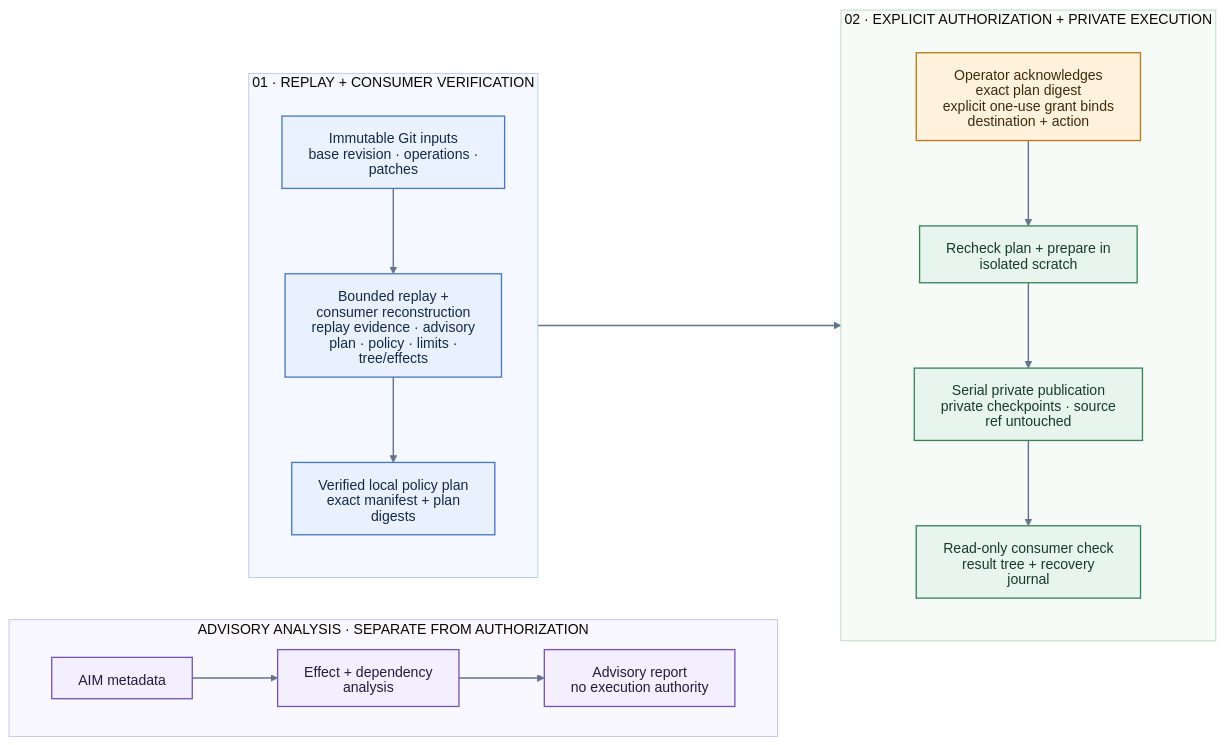
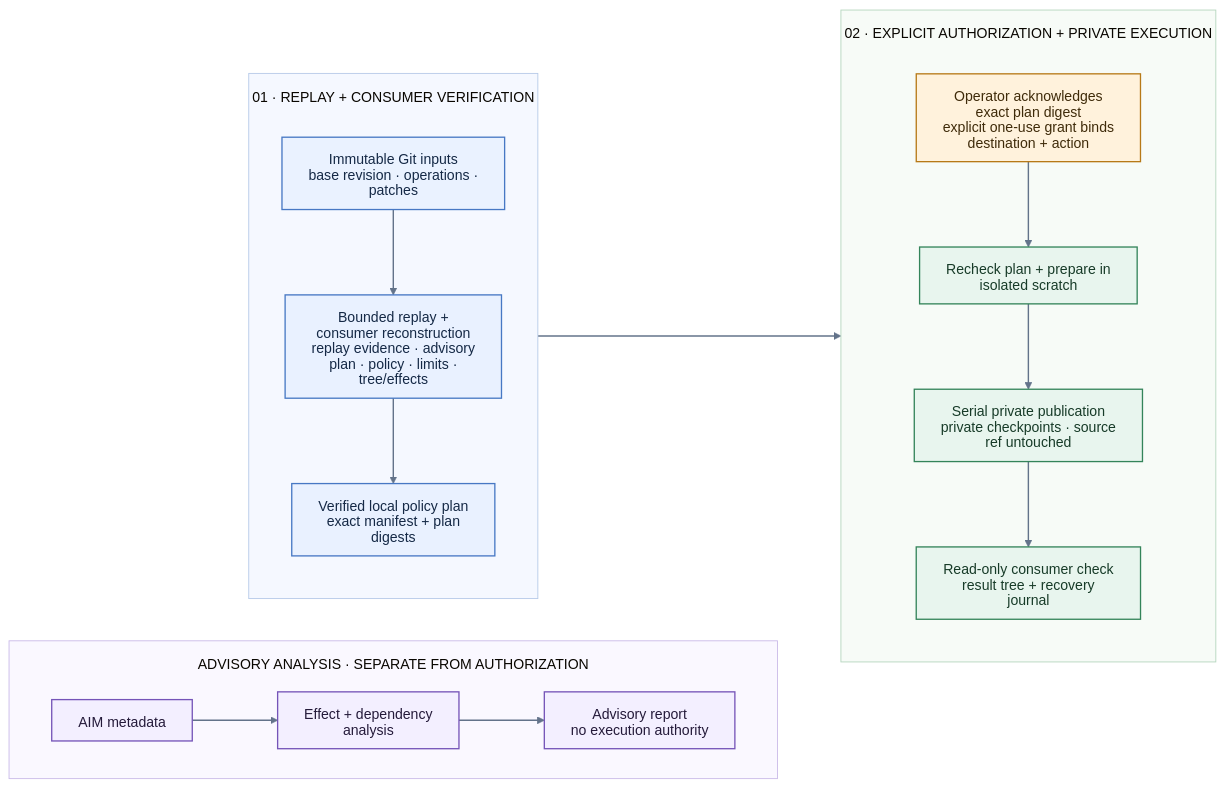
Before and after one commit to jayanez/agent-braid: the diagram in reports/assets/agent-braid-private-result-flow.mmd, drawn with Mermaid. The commit also changed 1 other file, not shown here.

Commit message:
docs: add top spacing to README diagram titles (#393)

```diff
--- a/reports/assets/agent-braid-private-result-flow.mmd
+++ b/reports/assets/agent-braid-private-result-flow.mmd
@@ -1,58 +1,61 @@
 ---
 config:
   theme: base
   htmlLabels: false
   fontFamily: "Inter, Arial, sans-serif"
   flowchart:
     useMaxWidth: true
     nodeSpacing: 48
     rankSpacing: 72
+    subGraphTitleMargin:
+      top: 16
+      bottom: 8
   themeVariables:
     fontSize: 16px
     primaryTextColor: "#152946"
     lineColor: "#63738a"
     clusterBkg: "#f6f8fb"
     clusterBorder: "#b7c5d8"
 ---
 flowchart LR
   accTitle: From analysis to a verified private result
   accDescr: Advisory AIM analysis remains separate from the bounded Git replay path. A consumer reconstructs replay, policy and tree claims into a verified local policy plan. An operator explicitly grants the exact plan digest. Execution rechecks the plan, prepares in isolated scratch and publishes checkpoints serially to a private result repository. The checked result includes runtime state and a recovery journal; no source ref is published.
 
   subgraph analysis["ADVISORY ANALYSIS · SEPARATE FROM AUTHORIZATION"]
     direction LR
     aim["AIM metadata"] --> effects["Effect + dependency analysis"]
     effects --> report["Advisory report<br/>no execution authority"]
   end
 
   subgraph verify["01 · REPLAY + CONSUMER VERIFICATION"]
     direction TB
     git["Immutable Git inputs<br/>base revision · operations · patches"] --> consumer["Bounded replay + consumer reconstruction<br/>replay evidence · advisory plan · policy · limits · tree/effects"]
     consumer --> plan["Verified local policy plan<br/>exact manifest + plan digests"]
   end
 
   subgraph runtime["02 · EXPLICIT AUTHORIZATION + PRIVATE EXECUTION"]
     direction TB
     grant["Operator acknowledges exact plan digest<br/>explicit one-use grant binds destination + action"] --> prepare["Recheck plan + prepare in<br/>isolated scratch"]
     prepare --> publish["Serial private publication<br/>private checkpoints · source ref untouched"]
     publish --> result["Read-only consumer check<br/>result tree + recovery journal"]
   end
 
   plan --> grant
 
   classDef analysisNode fill:#f3efff,stroke:#7554b8,color:#241a3a,stroke-width:1.5px;
   classDef sourceNode fill:#eaf2ff,stroke:#4778c4,color:#152946,stroke-width:1.5px;
   classDef verifyNode fill:#e9f1ff,stroke:#4778c4,color:#152946,stroke-width:1.5px;
   classDef authNode fill:#fff2dc,stroke:#b77917,color:#3f2b0a,stroke-width:1.5px;
   classDef runtimeNode fill:#e8f5ee,stroke:#34845a,color:#173b28,stroke-width:1.5px;
 
   class aim,effects,report analysisNode;
   class git sourceNode;
   class consumer,plan verifyNode;
   class grant authNode;
   class prepare,publish,result runtimeNode;
 
   style analysis fill:#faf8ff,stroke:#c9b9e8,stroke-width:1px
   style verify fill:#f5f8ff,stroke:#b5c9e8,stroke-width:1px
   style runtime fill:#f7fbf7,stroke:#b4d5bd,stroke-width:1px
 
   linkStyle default stroke:#63738a,stroke-width:1.6px
```
